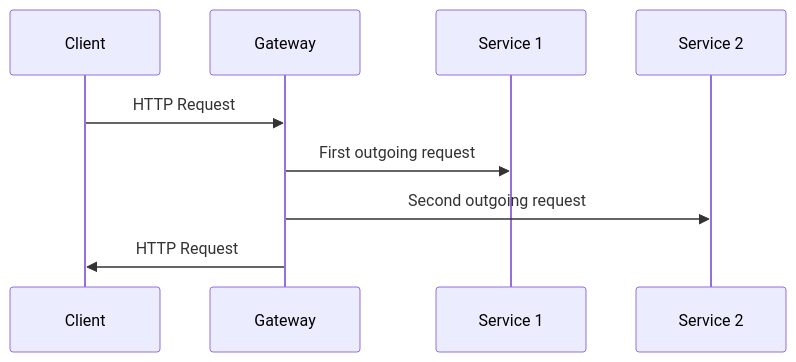
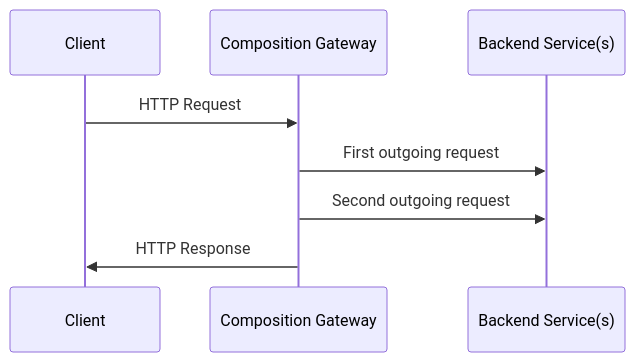
The first of 4 diagrams in _posts/2019-05-02-safety-first.md (mauroservienti/milestone.github.io), drawn with Mermaid before and after one commit. The commit also changed other lines of this file, not shown here.

Commit message:
add a sequence diagram(s) to article

```diff
--- a/_posts/2019-05-02-safety-first.md
+++ b/_posts/2019-05-02-safety-first.md
@@ -35,11 +35,10 @@
 <div class="mermaid">
 sequenceDiagram
     participant Client
-    participant Gateway
-    participant Service 1
-    participant Service 2
-    Client->>Gateway: HTTP Request
-    Gateway->>Service 1: First outgoing request
-    Gateway->>Service 2: Second outgoing request
-    Gateway->>Client: HTTP Request
+    participant Composition Gateway
+    participant Backend Service(s)
+    Client->>Composition Gateway: HTTP Request
+    Composition Gateway->>Backend Service(s): First outgoing request
+    Composition Gateway->>Backend Service(s): Second outgoing request
+    Composition Gateway->>Client: HTTP Response
 </div>
```
